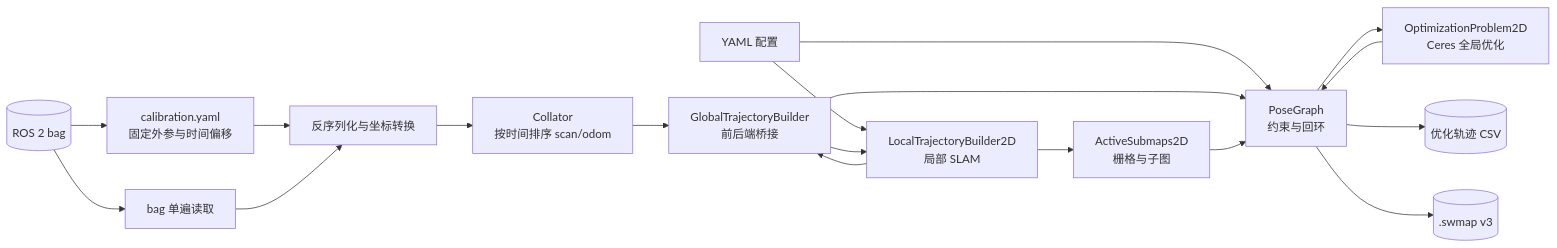
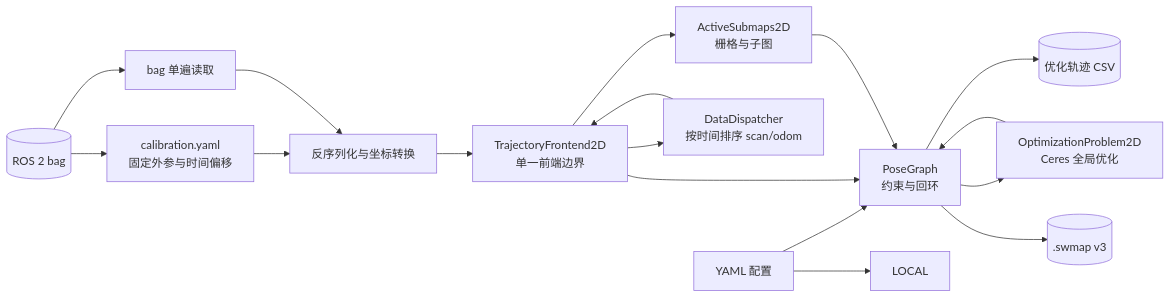
The diagram in doc/BAG_PIPELINE_ARCHITECTURE.md (liujiacheng1009/cartographer), drawn with Mermaid before and after one commit. The commit also changed other lines of this file and 14 other files, not shown here.

Commit message:
refactor: collapse trajectory frontend wrappers

````diff
--- a/doc/BAG_PIPELINE_ARCHITECTURE.md
+++ b/doc/BAG_PIPELINE_ARCHITECTURE.md
@@ -21,34 +21,32 @@
 ```mermaid
 flowchart LR
     BAG[(ROS 2 bag)]
     CFG[YAML 配置]
     TF[calibration.yaml<br/>固定外参与时间偏移]
     READ[bag 单遍读取]
     CONVERT[反序列化与坐标转换]
-    COLLATE[Collator<br/>按时间排序 scan/odom]
-    LOCAL[LocalTrajectoryBuilder2D<br/>局部 SLAM]
+    DISPATCH[DataDispatcher<br/>按时间排序 scan/odom]
+    FRONTEND[TrajectoryFrontend2D<br/>单一前端边界]
     SUBMAP[ActiveSubmaps2D<br/>栅格与子图]
-    GLOBAL[GlobalTrajectoryBuilder<br/>前后端桥接]
     GRAPH[PoseGraph<br/>约束与回环]
     OPT[OptimizationProblem2D<br/>Ceres 全局优化]
     CSV[(优化轨迹 CSV)]
     SWMAP[(.swmap v3)]
 
     CFG --> LOCAL
     CFG --> GRAPH
     BAG --> TF
     BAG --> READ
     TF --> CONVERT
     READ --> CONVERT
-    CONVERT --> COLLATE
-    COLLATE --> GLOBAL
-    GLOBAL --> LOCAL
-    LOCAL --> SUBMAP
-    LOCAL --> GLOBAL
-    GLOBAL --> GRAPH
+    CONVERT --> FRONTEND
+    FRONTEND --> DISPATCH
+    DISPATCH --> FRONTEND
+    FRONTEND --> SUBMAP
+    FRONTEND --> GRAPH
     SUBMAP --> GRAPH
     GRAPH --> OPT
     OPT --> GRAPH
     GRAPH --> CSV
     GRAPH --> SWMAP
 ```
````
